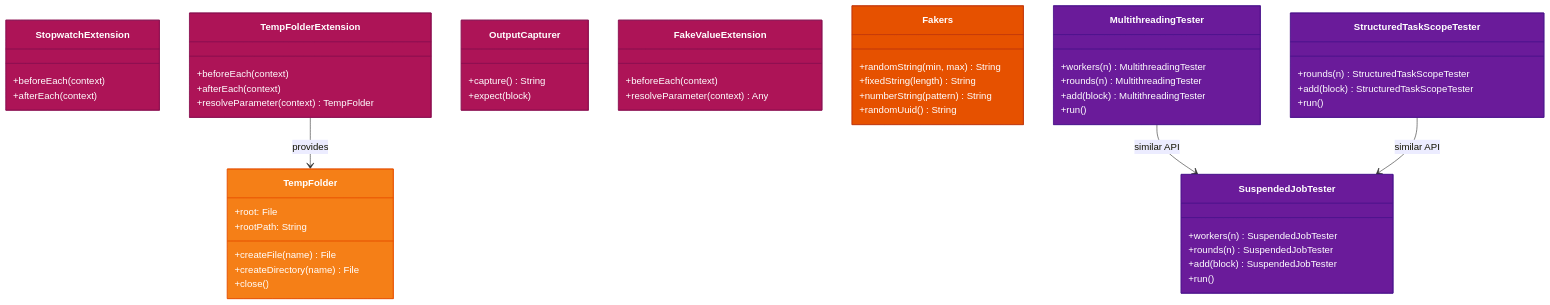
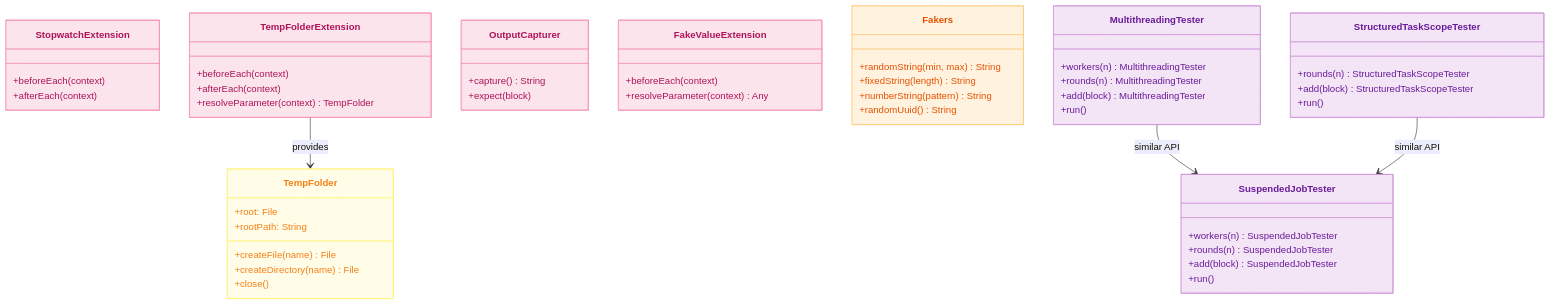
The second of 2 diagrams in testing/junit5/README.md (bluetape4k/bluetape4k-projects), drawn with Mermaid before and after one commit. The commit also changed other lines of this file and 219 other files, not shown here.

First line of the commit message:
docs: 전체 README Mermaid 다이어그램 가이드 적용

````diff
--- a/testing/junit5/README.md
+++ b/testing/junit5/README.md
@@ -66,64 +66,64 @@
 ```mermaid
 classDiagram
     class StopwatchExtension {
         +beforeEach(context)
         +afterEach(context)
     }
     class TempFolderExtension {
         +beforeEach(context)
         +afterEach(context)
         +resolveParameter(context) TempFolder
     }
     class TempFolder {
         +root: File
         +rootPath: String
         +createFile(name) File
         +createDirectory(name) File
         +close()
     }
     class OutputCapturer {
         +capture() String
         +expect(block)
     }
     class FakeValueExtension {
         +beforeEach(context)
         +resolveParameter(context) Any
     }
     class Fakers {
         +randomString(min, max) String
         +fixedString(length) String
         +numberString(pattern) String
         +randomUuid() String
     }
     class MultithreadingTester {
         +workers(n) MultithreadingTester
         +rounds(n) MultithreadingTester
         +add(block) MultithreadingTester
         +run()
     }
     class SuspendedJobTester {
         +workers(n) SuspendedJobTester
         +rounds(n) SuspendedJobTester
         +add(block) SuspendedJobTester
         +run()
     }
     class StructuredTaskScopeTester {
         +rounds(n) StructuredTaskScopeTester
         +add(block) StructuredTaskScopeTester
         +run()
     }
 
     TempFolderExtension --> TempFolder : provides
     MultithreadingTester --> SuspendedJobTester : similar API
     StructuredTaskScopeTester --> SuspendedJobTester : similar API
 
-    style StopwatchExtension fill:#AD1457,stroke:#880E4F,color:#FFFFFF
-    style TempFolderExtension fill:#AD1457,stroke:#880E4F,color:#FFFFFF
-    style TempFolder fill:#F57F17,stroke:#E65100,color:#FFFFFF
-    style OutputCapturer fill:#AD1457,stroke:#880E4F,color:#FFFFFF
-    style FakeValueExtension fill:#AD1457,stroke:#880E4F,color:#FFFFFF
-    style Fakers fill:#E65100,stroke:#BF360C,color:#FFFFFF
-    style MultithreadingTester fill:#6A1B9A,stroke:#4A148C,color:#FFFFFF
-    style SuspendedJobTester fill:#6A1B9A,stroke:#4A148C,color:#FFFFFF
-    style StructuredTaskScopeTester fill:#6A1B9A,stroke:#4A148C,color:#FFFFFF
+    style StopwatchExtension fill:#FCE4EC,stroke:#F48FB1,color:#AD1457
+    style TempFolderExtension fill:#FCE4EC,stroke:#F48FB1,color:#AD1457
+    style TempFolder fill:#FFFDE7,stroke:#FFF176,color:#F57F17
+    style OutputCapturer fill:#FCE4EC,stroke:#F48FB1,color:#AD1457
+    style FakeValueExtension fill:#FCE4EC,stroke:#F48FB1,color:#AD1457
+    style Fakers fill:#FFF3E0,stroke:#FFCC80,color:#E65100
+    style MultithreadingTester fill:#F3E5F5,stroke:#CE93D8,color:#6A1B9A
+    style SuspendedJobTester fill:#F3E5F5,stroke:#CE93D8,color:#6A1B9A
+    style StructuredTaskScopeTester fill:#F3E5F5,stroke:#CE93D8,color:#6A1B9A
 ```
````
